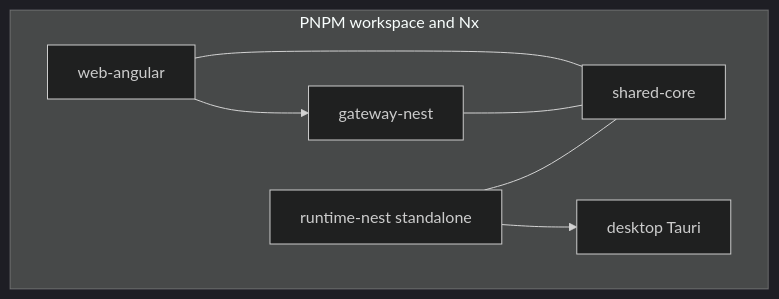
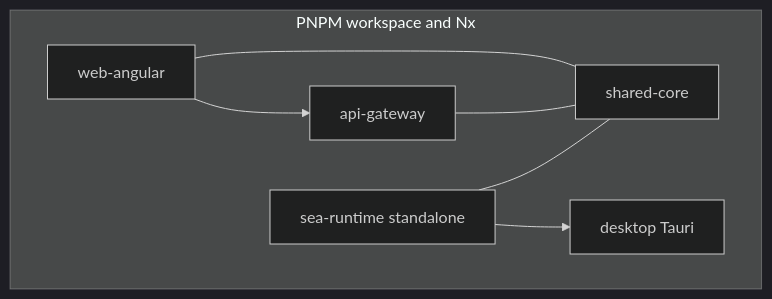
The first of 3 diagrams in docs/requirements/01-purpose-and-scope.md (virgenherrera/lan-solution-template), drawn with Mermaid (dark theme) before and after one commit. The commit also changed other lines of this file and 59 other files, not shown here.

Commit message:
feat: POC-1 monorepo, Nest apps and one SEA sidecar (1a to 1c) (#4)

````diff
--- a/docs/requirements/01-purpose-and-scope.md
+++ b/docs/requirements/01-purpose-and-scope.md
@@ -88,15 +88,15 @@
 ```mermaid
 flowchart TB
     subgraph workspace["PNPM workspace and Nx"]
       angular["web-angular"]
-      nest["gateway-nest"]
-      runtime["runtime-nest standalone"]
+      nest["api-gateway"]
+      runtime["sea-runtime standalone"]
       core["shared-core"]
       tauri["desktop Tauri"]
       angular --- core
       nest --- core
       runtime --- core
       angular --> nest
       runtime --> tauri
     end
 ```
````
